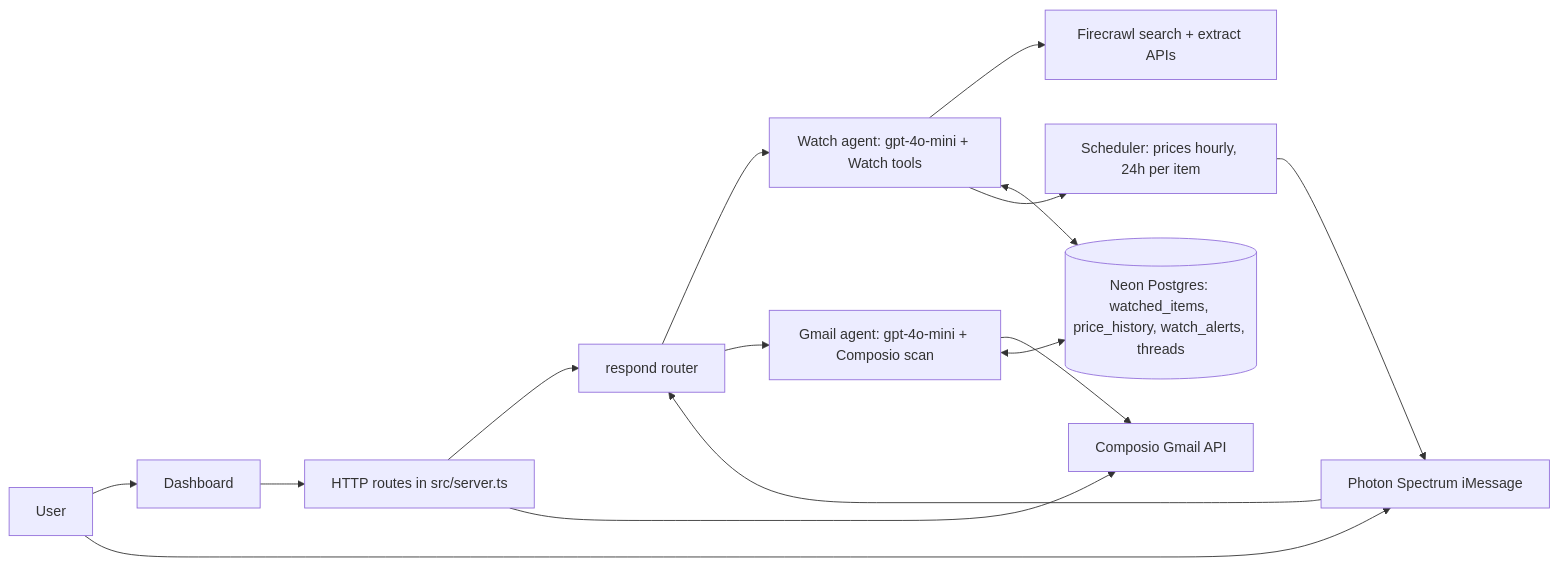
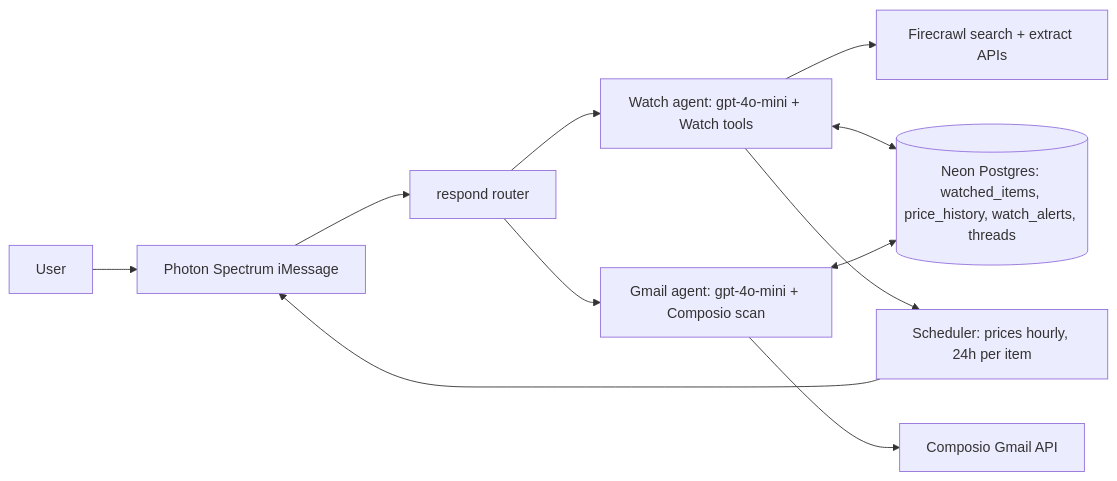
Before and after one commit to fozagtx/Okupy: the diagram in docs/architecture.md, drawn with Mermaid. The commit also changed other lines of this file and 4 other files, not shown here.

````diff
--- a/docs/architecture.md
+++ b/docs/architecture.md
@@ -7,17 +7,13 @@
 ```mermaid
 flowchart LR
-  U[User] --> D[Dashboard]
-  U --> P[Photon Spectrum iMessage]
-  D --> R[HTTP routes in src/server.ts]
+  U[User] --> P[Photon Spectrum iMessage]
   P --> RSP[respond router]
-  R --> RSP
   RSP --> W[Watch agent: gpt-4o-mini + Watch tools]
   RSP --> G[Gmail agent: gpt-4o-mini + Composio scan]
   W --> F[Firecrawl search + extract APIs]
   G --> C[Composio Gmail API]
   W <--> N[(Neon Postgres: watched_items, price_history, watch_alerts, threads)]
   G <--> N
-  R --> C
   W --> WS[Scheduler: prices hourly, 24h per item]
   WS --> P
 ```
````
